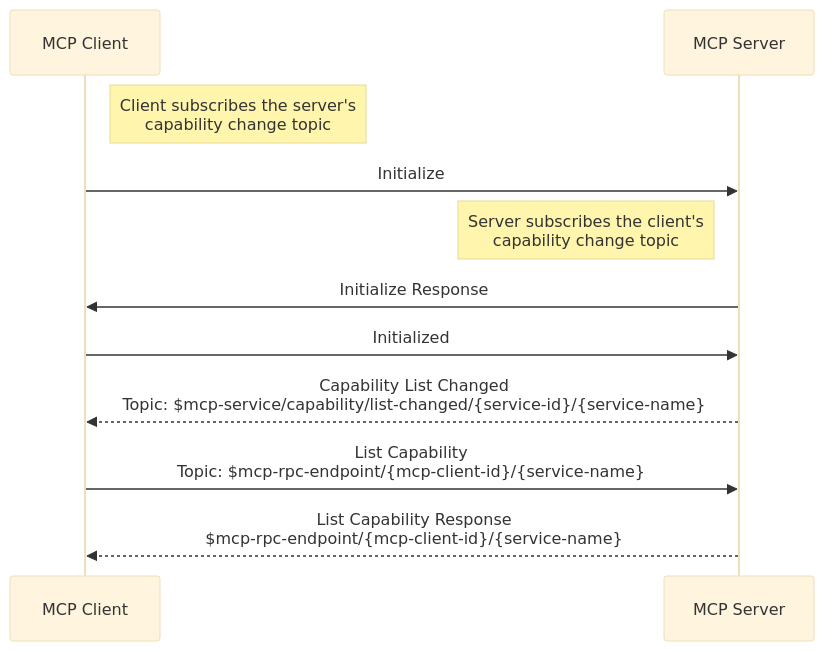
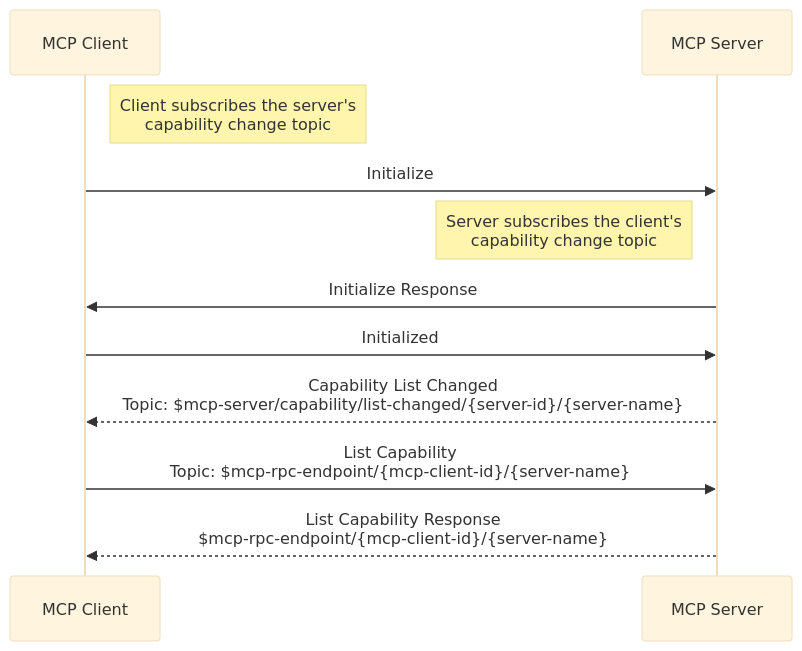
One commit to xiaokunzhang/mcp-over-mqtt-site changed the third of 4 diagrams in mcp/specification/2025-03-26/basic/mqtt_transport.md. Above: the diagram before and after it, drawn with Mermaid (base theme). The commit also changed other lines of this file and 1 other file, not shown here.

Commit message:
rename service to server

````diff
--- a/mcp/specification/2025-03-26/basic/mqtt_transport.md
+++ b/mcp/specification/2025-03-26/basic/mqtt_transport.md
@@ -307,19 +307,19 @@
 ```mermaid
 
 sequenceDiagram
     participant MCP_Client as MCP Client
     participant MCP_Server as MCP Server
 
     Note right of MCP_Client: Client subscribes the server's<br/>capability change topic
     MCP_Client ->> MCP_Server: Initialize
 
     Note left of MCP_Server: Server subscribes the client's<br/>capability change topic
     MCP_Server ->> MCP_Client: Initialize Response
     MCP_Client ->> MCP_Server: Initialized
 
-    MCP_Server -->> MCP_Client: Capability List Changed<br/>Topic: $mcp-service/capability/list-changed/{service-id}/{service-name}
+    MCP_Server -->> MCP_Client: Capability List Changed<br/>Topic: $mcp-server/capability/list-changed/{server-id}/{server-name}
 
-    MCP_Client ->> MCP_Server: List Capability<br/>Topic: $mcp-rpc-endpoint/{mcp-client-id}/{service-name}
+    MCP_Client ->> MCP_Server: List Capability<br/>Topic: $mcp-rpc-endpoint/{mcp-client-id}/{server-name}
 
-    MCP_Server -->> MCP_Client: List Capability Response<br/>$mcp-rpc-endpoint/{mcp-client-id}/{service-name}
+    MCP_Server -->> MCP_Client: List Capability Response<br/>$mcp-rpc-endpoint/{mcp-client-id}/{server-name}
 ```
````
